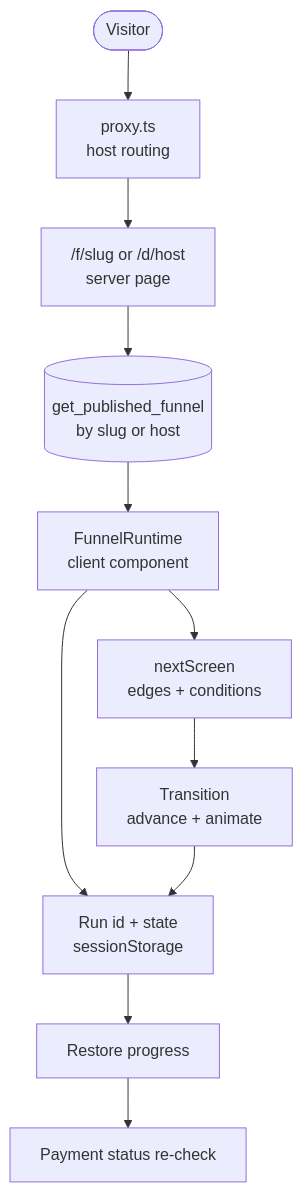
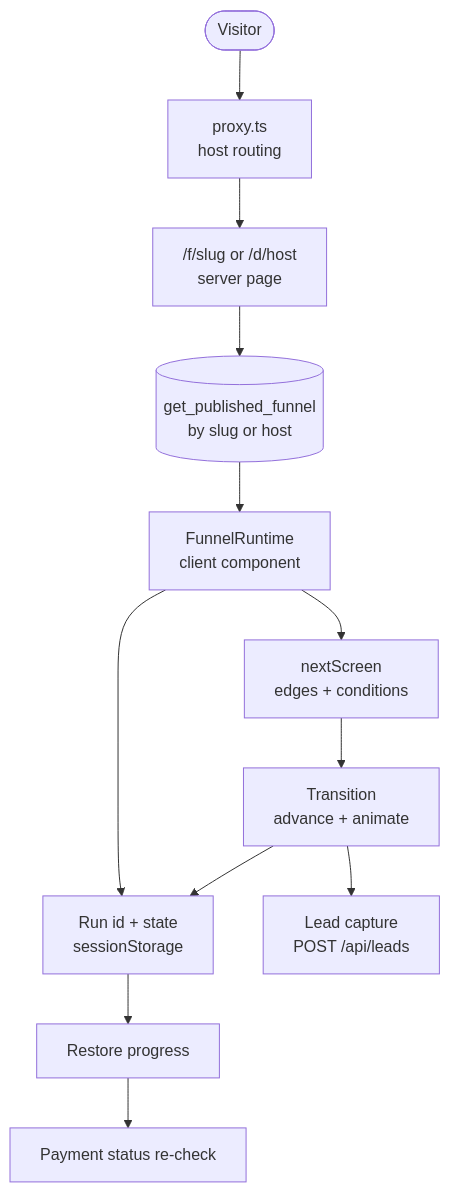
Before and after one commit to arturklimovich-eng/vibefunel: the diagram in docs/features/20-runtime.md, drawn with Mermaid. The commit also changed other lines of this file and 38 other files, not shown here.

````diff
--- a/docs/features/20-runtime.md
+++ b/docs/features/20-runtime.md
@@ -11,23 +11,25 @@
 ```mermaid
 flowchart TD
   V([Visitor]) --> PX["proxy.ts<br/>host routing"]
   PX --> PG["/f/slug or /d/host<br/>server page"]
   PG --> RPC[("get_published_funnel<br/>by slug or host")]
   RPC --> RT["FunnelRuntime<br/>client component"]
   RT --> RUN["Run id + state<br/>sessionStorage"]
   RUN --> RES["Restore progress"]
   RT --> NS["nextScreen<br/>edges + conditions"]
   NS --> TR["Transition<br/>advance + animate"]
   TR --> RUN
   RES --> PAY["Payment status re-check"]
+  TR --> LEAD["Lead capture<br/>POST /api/leads"]
 
   click PX "#step-host-routing"
   click PG "#step-load-live-version"
   click RPC "#step-load-live-version"
   click RT "#step-render-screen"
   click RUN "#step-run-token-and-state"
   click RES "#step-restore-progress"
   click NS "#step-screen-routing"
   click TR "#step-transitions"
   click PAY "./30-checkout.md"
+  click LEAD "./25-lead-capture.md"
 ```
````
